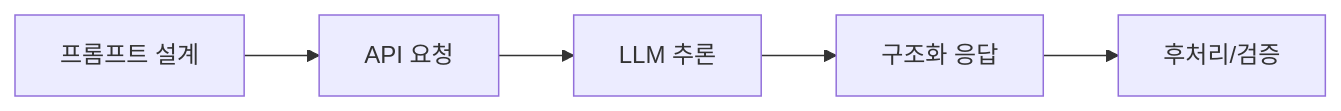
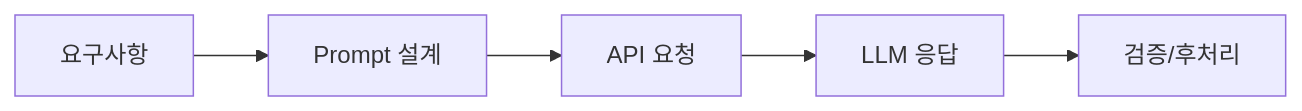
The diagram in curriculum/week09.md (sujinchoo/Ai.build.education), drawn with Mermaid before and after one commit. The commit also changed other lines of this file and 23 other files, not shown here.

````diff
--- a/curriculum/week09.md
+++ b/curriculum/week09.md
@@ -14,7 +20,7 @@
 ```mermaid
 flowchart LR
-    PR[프롬프트 설계] --> API[API 요청]
-    API --> LLM[LLM 추론]
-    LLM --> RS[구조화 응답]
-    RS --> V[후처리/검증]
+    R[요구사항] --> P[Prompt 설계]
+    P --> A[API 요청]
+    A --> L[LLM 응답]
+    L --> V[검증/후처리]
 ```
````
